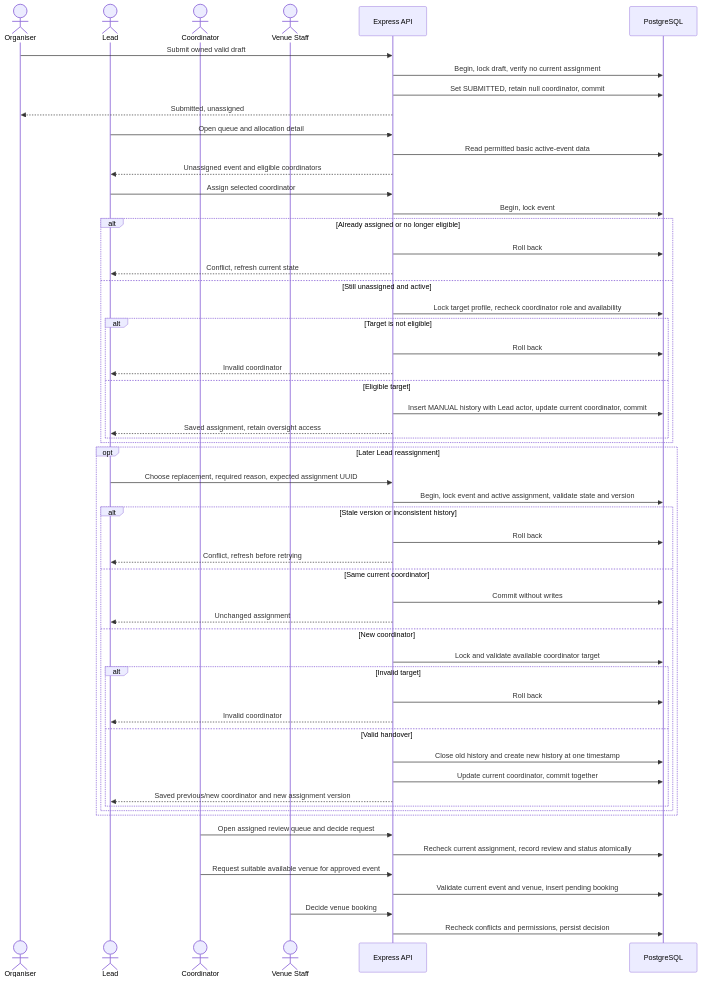
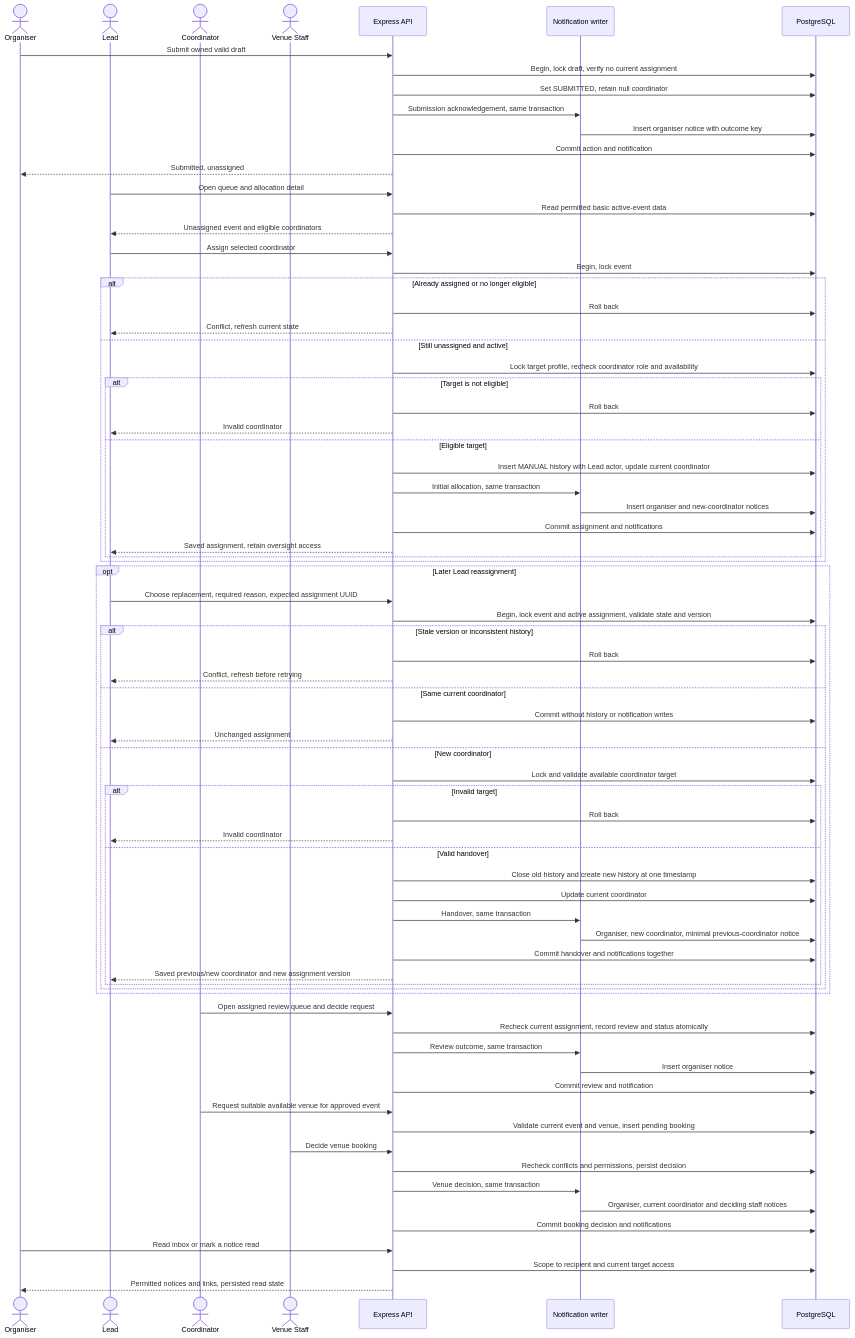
The fifth of 7 diagrams in docs/architecture/README.md (MochaLxtte/ConnectSphere), drawn with Mermaid before and after one commit. The commit also changed other lines of this file and 12 other files, not shown here.

Commit message:
docs: reconcile integrated notification and venue buffer contracts

````diff
--- a/docs/architecture/README.md
+++ b/docs/architecture/README.md
@@ -179,58 +200,77 @@
 ```mermaid
 sequenceDiagram
   actor Organiser
   actor Lead
   actor Coordinator
   actor Staff as Venue Staff
   participant API as Express API
+  participant Notify as Notification writer
   participant DB as PostgreSQL
   Organiser->>API: Submit owned valid draft
   API->>DB: Begin, lock draft, verify no current assignment
-  API->>DB: Set SUBMITTED, retain null coordinator, commit
+  API->>DB: Set SUBMITTED, retain null coordinator
+  API->>Notify: Submission acknowledgement, same transaction
+  Notify->>DB: Insert organiser notice with outcome key
+  API->>DB: Commit action and notification
   API-->>Organiser: Submitted, unassigned
   Lead->>API: Open queue and allocation detail
   API->>DB: Read permitted basic active-event data
   API-->>Lead: Unassigned event and eligible coordinators
   Lead->>API: Assign selected coordinator
   API->>DB: Begin, lock event
   alt Already assigned or no longer eligible
     API->>DB: Roll back
     API-->>Lead: Conflict, refresh current state
   else Still unassigned and active
     API->>DB: Lock target profile, recheck coordinator role and availability
     alt Target is not eligible
       API->>DB: Roll back
       API-->>Lead: Invalid coordinator
     else Eligible target
-      API->>DB: Insert MANUAL history with Lead actor, update current coordinator, commit
+      API->>DB: Insert MANUAL history with Lead actor, update current coordinator
+      API->>Notify: Initial allocation, same transaction
+      Notify->>DB: Insert organiser and new-coordinator notices
+      API->>DB: Commit assignment and notifications
       API-->>Lead: Saved assignment, retain oversight access
     end
   end
   opt Later Lead reassignment
     Lead->>API: Choose replacement, required reason, expected assignment UUID
     API->>DB: Begin, lock event and active assignment, validate state and version
     alt Stale version or inconsistent history
       API->>DB: Roll back
       API-->>Lead: Conflict, refresh before retrying
     else Same current coordinator
-      API->>DB: Commit without writes
+      API->>DB: Commit without history or notification writes
       API-->>Lead: Unchanged assignment
     else New coordinator
       API->>DB: Lock and validate available coordinator target
       alt Invalid target
         API->>DB: Roll back
         API-->>Lead: Invalid coordinator
       else Valid handover
         API->>DB: Close old history and create new history at one timestamp
-        API->>DB: Update current coordinator, commit together
+        API->>DB: Update current coordinator
+        API->>Notify: Handover, same transaction
+        Notify->>DB: Organiser, new coordinator, minimal previous-coordinator notice
+        API->>DB: Commit handover and notifications together
         API-->>Lead: Saved previous/new coordinator and new assignment version
       end
     end
   end
   Coordinator->>API: Open assigned review queue and decide request
   API->>DB: Recheck current assignment, record review and status atomically
+  API->>Notify: Review outcome, same transaction
+  Notify->>DB: Insert organiser notice
+  API->>DB: Commit review and notification
   Coordinator->>API: Request suitable available venue for approved event
   API->>DB: Validate current event and venue, insert pending booking
   Staff->>API: Decide venue booking
   API->>DB: Recheck conflicts and permissions, persist decision
+  API->>Notify: Venue decision, same transaction
+  Notify->>DB: Organiser, current coordinator and deciding staff notices
+  API->>DB: Commit booking decision and notifications
+  Organiser->>API: Read inbox or mark a notice read
+  API->>DB: Scope to recipient and current target access
+  API-->>Organiser: Permitted notices and links, persisted read state
 ```
````
